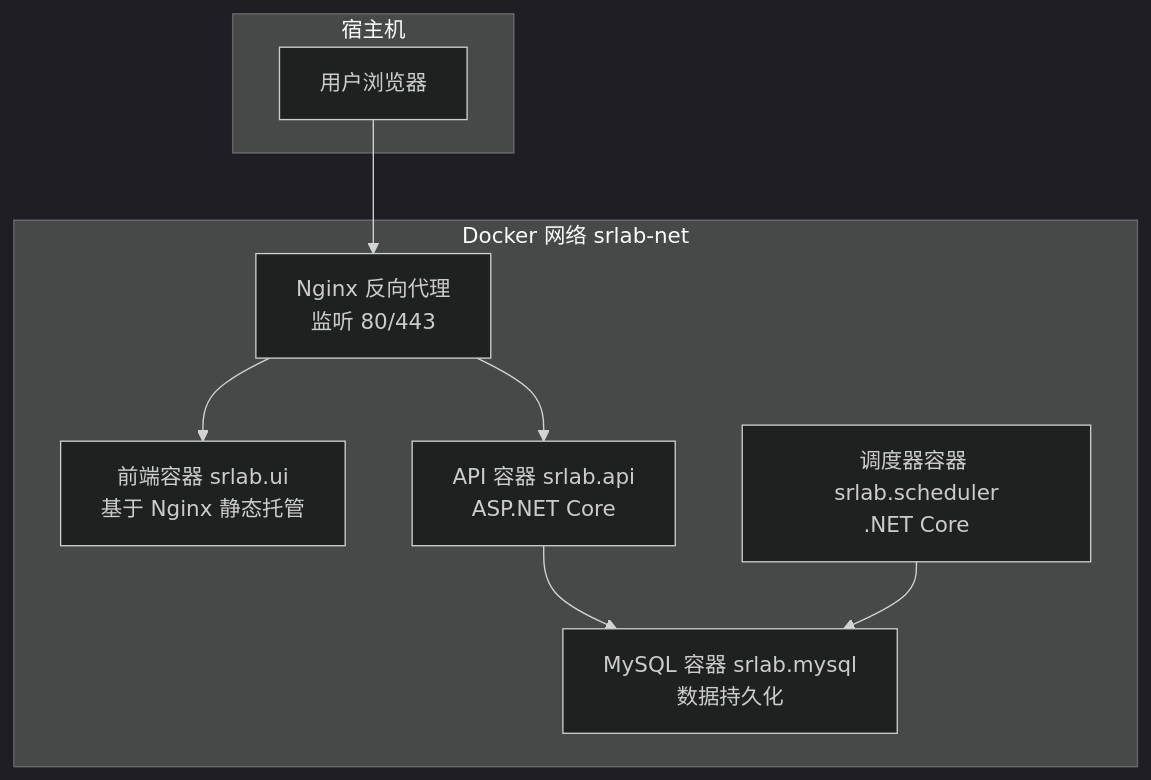
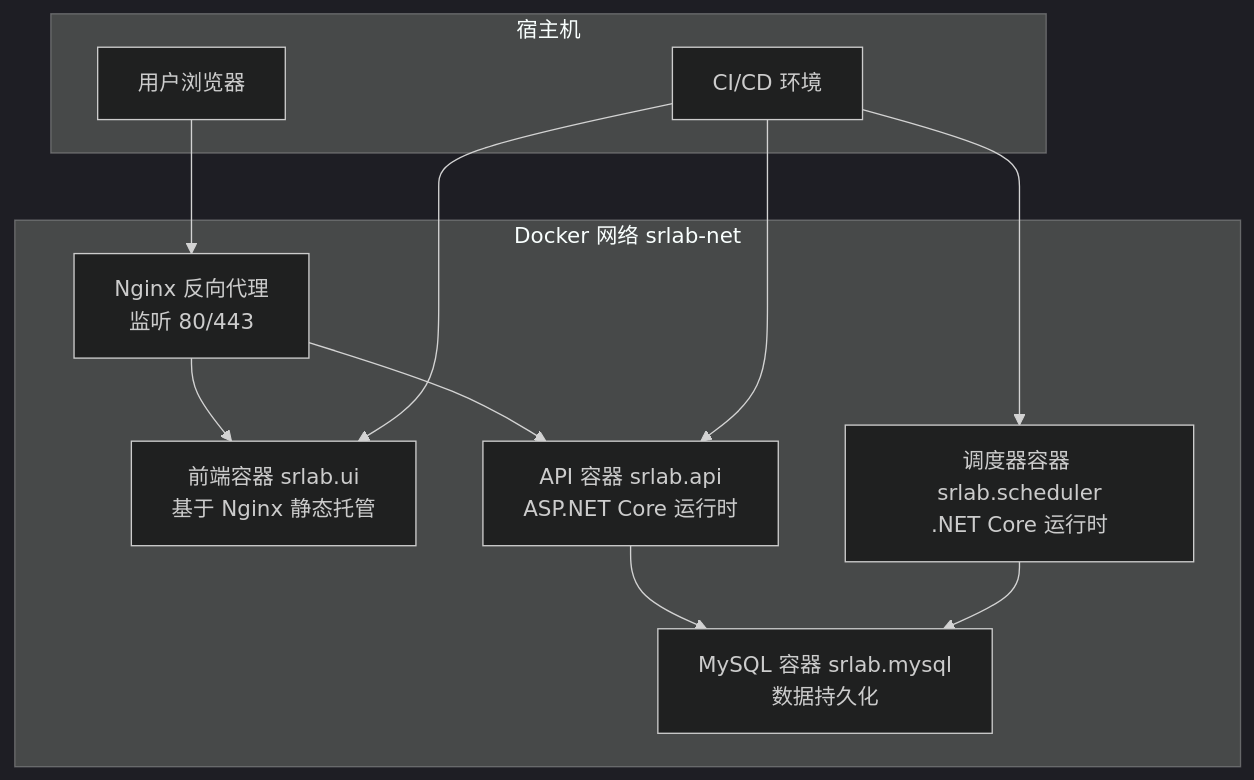
The first of 6 diagrams in .qoder/repowiki/zh/content/前端应用/构建部署/Docker 容器化.md (TinyMaD/SpeedRunnersLab), drawn with Mermaid (dark theme) before and after one commit. The commit also changed other lines of this file and 9 other files, not shown here.

````diff
--- a/.qoder/repowiki/zh/content/前端应用/构建部署/Docker 容器化.md
+++ b/.qoder/repowiki/zh/content/前端应用/构建部署/Docker 容器化.md
@@ -41,18 +49,22 @@
 ```mermaid
 graph TB
 subgraph "宿主机"
 U["用户浏览器"]
+E["CI/CD 环境"]
 end
 subgraph "Docker 网络 srlab-net"
 N["Nginx 反向代理<br/>监听 80/443"]
 F["前端容器 srlab.ui<br/>基于 Nginx 静态托管"]
-A["API 容器 srlab.api<br/>ASP.NET Core"]
+A["API 容器 srlab.api<br/>ASP.NET Core 运行时"]
 M["MySQL 容器 srlab.mysql<br/>数据持久化"]
-S["调度器容器 srlab.scheduler<br/>.NET Core"]
+S["调度器容器 srlab.scheduler<br/>.NET Core 运行时"]
 end
 U --> N
 N --> F
 N --> A
 A --> M
 S --> M
+E --> F
+E --> A
+E --> S
 ```
````
